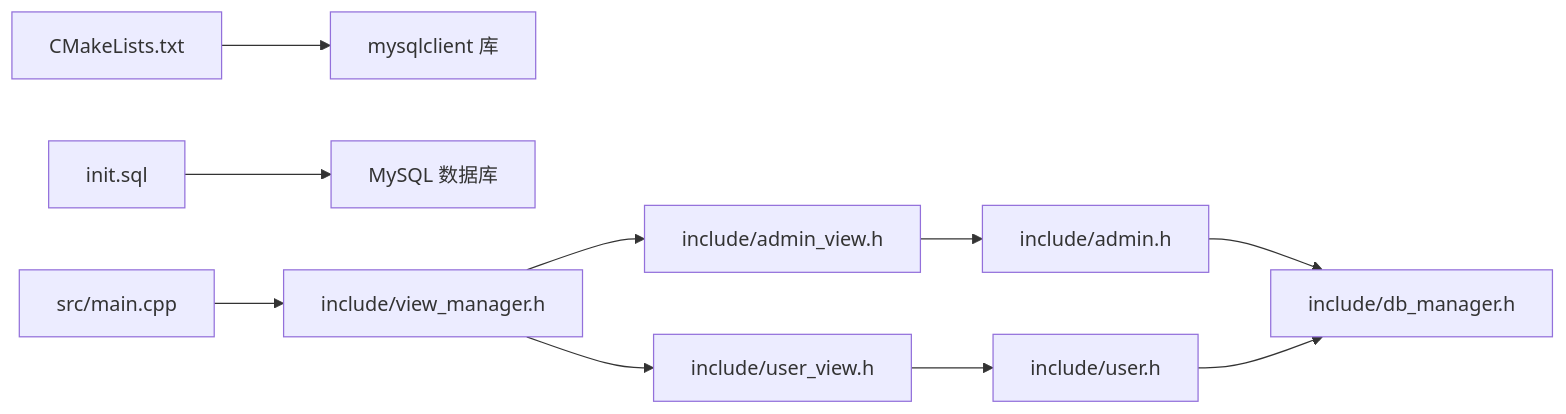
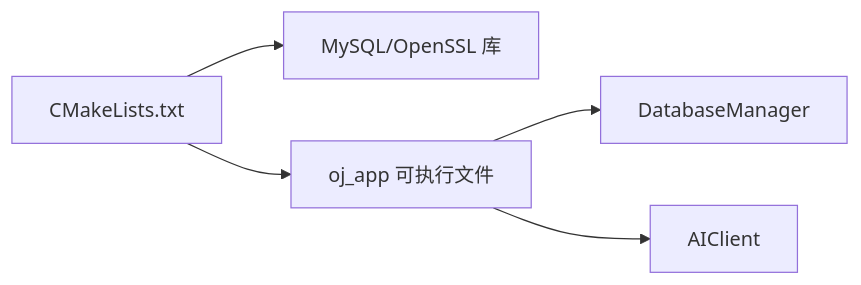
Before and after one commit to jinpeng900/OJ-Test: the eighth of 8 diagrams in .qoder/repowiki/zh/content/系统架构设计/系统架构设计.md, drawn with Mermaid. The commit also changed other lines of this file and 65 other files, not shown here.

````diff
--- a/.qoder/repowiki/zh/content/系统架构设计/系统架构设计.md
+++ b/.qoder/repowiki/zh/content/系统架构设计/系统架构设计.md
@@ -303,12 +331,7 @@
 ```mermaid
 graph LR
-CMake["CMakeLists.txt"] --> MySQL["mysqlclient 库"]
-Init["init.sql"] --> DB["MySQL 数据库"]
-Main["src/main.cpp"] --> VM["include/view_manager.h"]
-VM --> AV["include/admin_view.h"]
-VM --> UV["include/user_view.h"]
-AV --> ADM["include/admin.h"]
-UV --> USR["include/user.h"]
-ADM --> DBMgr["include/db_manager.h"]
-USR --> DBMgr
+CMake["CMakeLists.txt"] --> Libs["MySQL/OpenSSL 库"]
+CMake --> Exec["oj_app 可执行文件"]
+Exec --> DB["DatabaseManager"]
+Exec --> AI["AIClient"]
 ```
````
